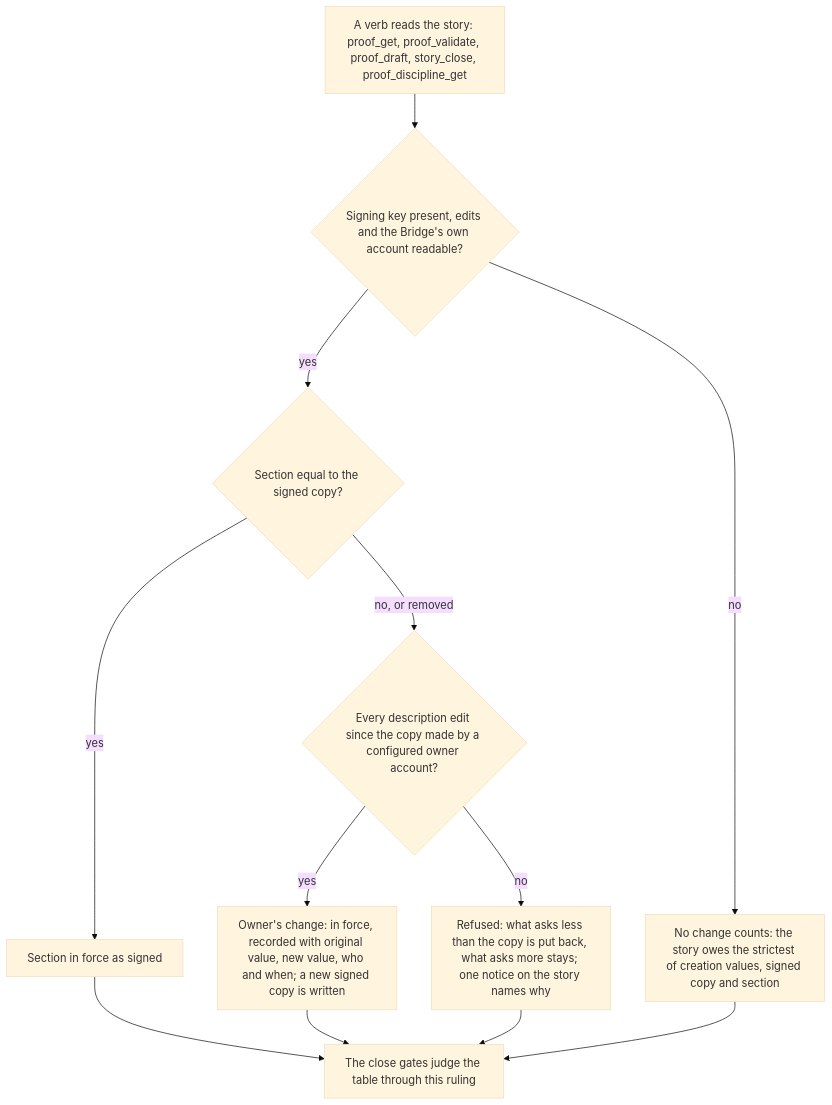
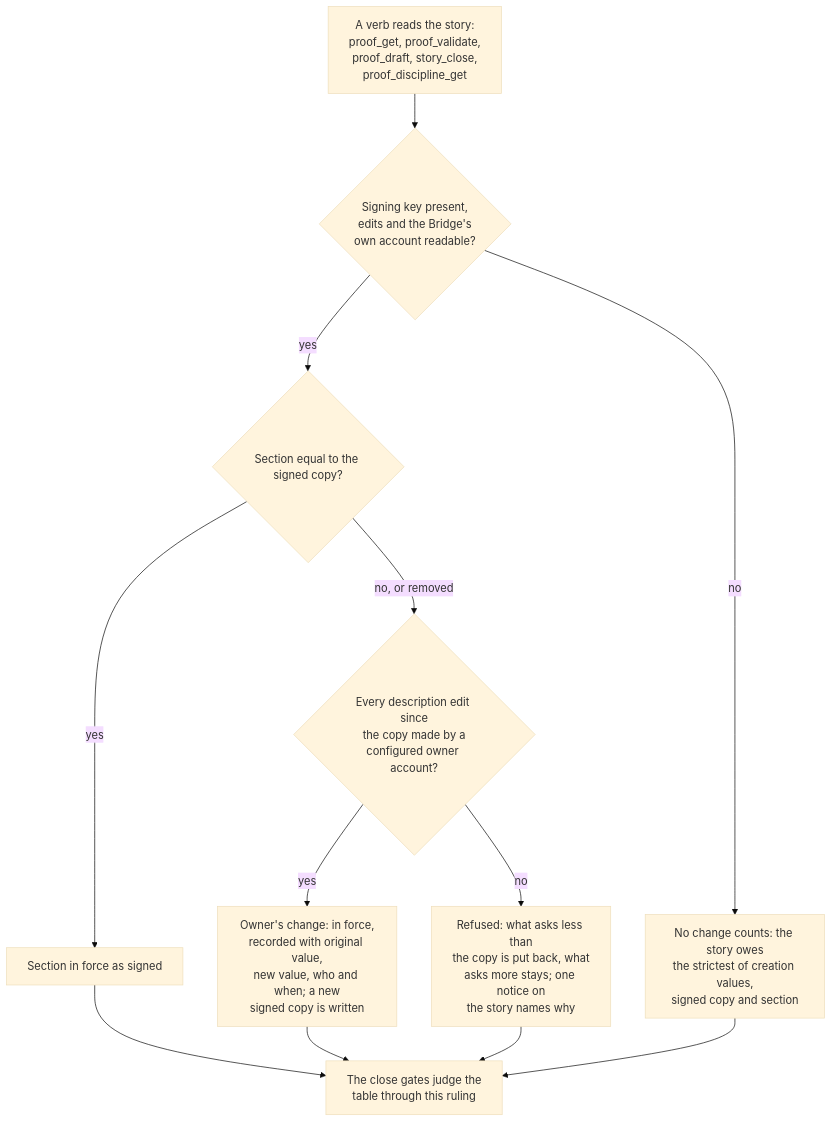
The second of 3 diagrams in docs/PROOF.md (DogmaSolutions/Kyklos), drawn with Mermaid (base theme) before and after one commit. The commit also changed other lines of this file and 38 other files, not shown here.

````diff
--- a/docs/PROOF.md
+++ b/docs/PROOF.md
@@ -105,14 +125,14 @@
 ```mermaid
 flowchart TD
-    A["A verb reads the story: proof_get, proof_validate, proof_draft, story_close, proof_discipline_get"] --> B{"Signing key present, edits and the Bridge's own account readable?"}
-    B -->|"no"| N["No change counts: the story owes the strictest of creation values, signed copy and section"]
+    A["A verb reads the story:<br/>proof_get, proof_validate,<br/>proof_draft, story_close,<br/>proof_discipline_get"] --> B{"Signing key present,<br/>edits and the Bridge's<br/>own account readable?"}
+    B -->|"no"| N["No change counts: the story owes<br/>the strictest of creation values,<br/>signed copy and section"]
     B -->|"yes"| C{"Section equal to the signed copy?"}
     C -->|"yes"| U["Section in force as signed"]
-    C -->|"no, or removed"| D{"Every description edit since the copy made by a configured owner account?"}
-    D -->|"yes"| O["Owner's change: in force, recorded with original value, new value, who and when; a new signed copy is written"]
-    D -->|"no"| R["Refused: what asks less than the copy is put back, what asks more stays; one notice on the story names why"]
-    U --> G["The close gates judge the table through this ruling"]
+    C -->|"no, or removed"| D{"Every description edit since<br/>the copy made by a<br/>configured owner account?"}
+    D -->|"yes"| O["Owner's change: in force,<br/>recorded with original value,<br/>new value, who and when; a new<br/>signed copy is written"]
+    D -->|"no"| R["Refused: what asks less than<br/>the copy is put back, what<br/>asks more stays; one notice on<br/>the story names why"]
+    U --> G["The close gates judge the<br/>table through this ruling"]
     O --> G
     R --> G
     N --> G
 ```
````
